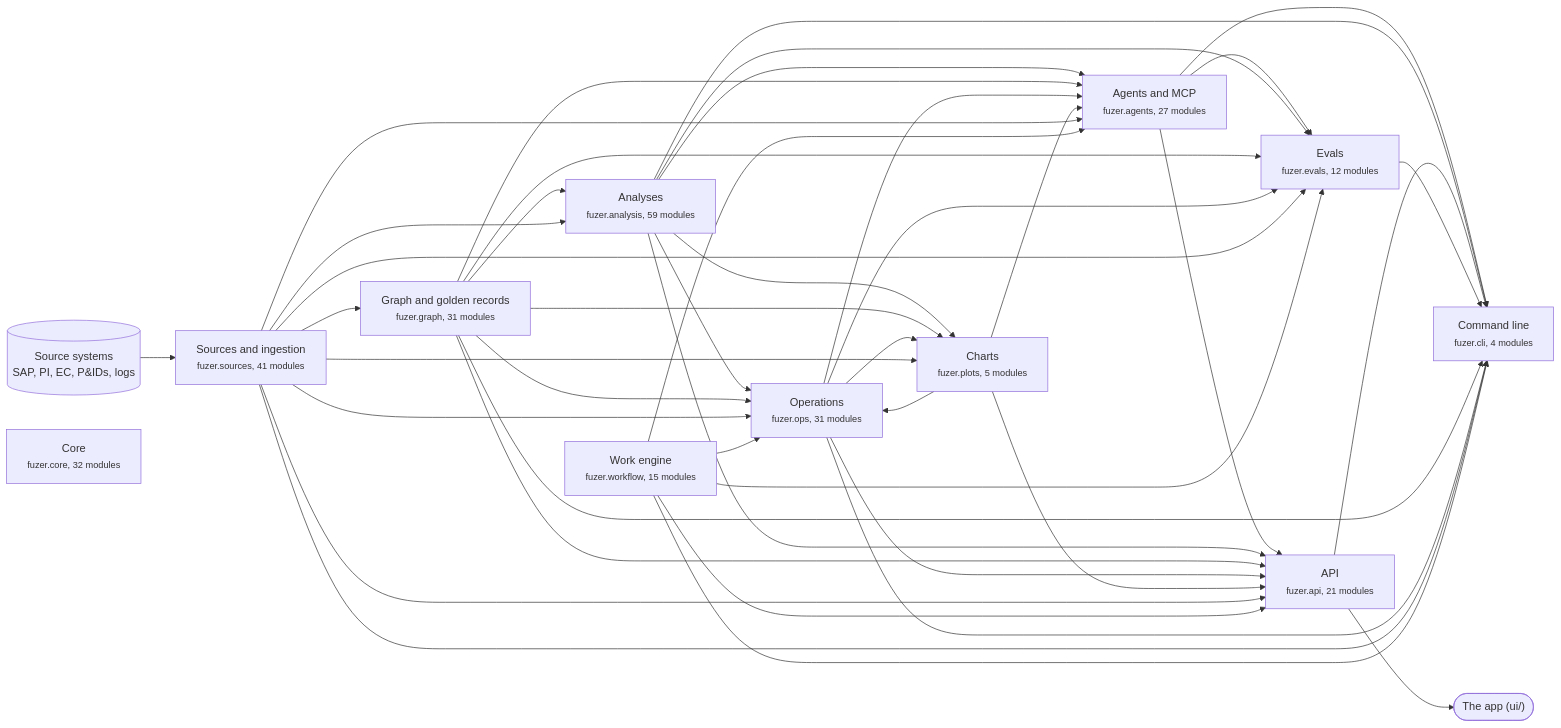
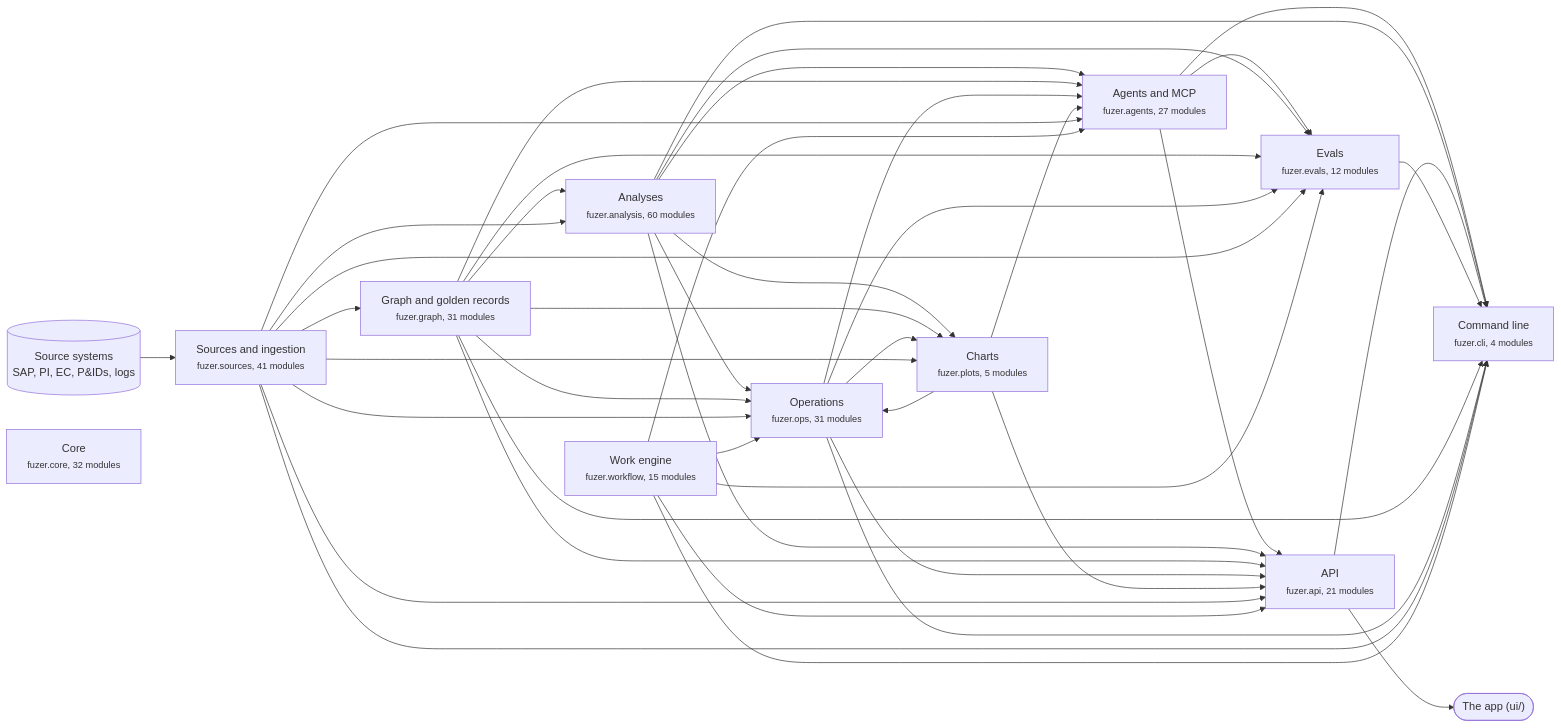
One commit to areed145/fuzer changed the first of 3 diagrams in docs/architecture.md. Above: the diagram before and after it, drawn with Mermaid. The commit also changed other lines of this file and 11 other files, not shown here.

````diff
--- a/docs/architecture.md
+++ b/docs/architecture.md
@@ -8,67 +8,67 @@
 ```mermaid
 flowchart LR
   systems[("Source systems<br>SAP, PI, EC, P&IDs, logs")] --> c_sources
   app(["The app (ui/)"])
   c_api --> app
   c_sources["Sources and ingestion<br><small>fuzer.sources, 41 modules</small>"]
   c_graph["Graph and golden records<br><small>fuzer.graph, 31 modules</small>"]
-  c_analysis["Analyses<br><small>fuzer.analysis, 59 modules</small>"]
+  c_analysis["Analyses<br><small>fuzer.analysis, 60 modules</small>"]
   c_ops["Operations<br><small>fuzer.ops, 31 modules</small>"]
   c_plots["Charts<br><small>fuzer.plots, 5 modules</small>"]
   c_workflow["Work engine<br><small>fuzer.workflow, 15 modules</small>"]
   c_agents["Agents and MCP<br><small>fuzer.agents, 27 modules</small>"]
   c_evals["Evals<br><small>fuzer.evals, 12 modules</small>"]
   c_api["API<br><small>fuzer.api, 21 modules</small>"]
   c_cli["Command line<br><small>fuzer.cli, 4 modules</small>"]
   c_core["Core<br><small>fuzer.core, 32 modules</small>"]
   c_sources --> c_graph
   c_graph --> c_analysis
   c_sources --> c_analysis
   c_analysis --> c_ops
   c_graph --> c_ops
   c_plots --> c_ops
   c_sources --> c_ops
   c_workflow --> c_ops
   c_analysis --> c_plots
   c_graph --> c_plots
   c_ops --> c_plots
   c_sources --> c_plots
   c_analysis --> c_agents
   c_graph --> c_agents
   c_ops --> c_agents
   c_plots --> c_agents
   c_sources --> c_agents
   c_workflow --> c_agents
   c_agents --> c_evals
   c_analysis --> c_evals
   c_graph --> c_evals
   c_ops --> c_evals
   c_sources --> c_evals
   c_workflow --> c_evals
   c_agents --> c_api
   c_analysis --> c_api
   c_graph --> c_api
   c_ops --> c_api
   c_plots --> c_api
   c_sources --> c_api
   c_workflow --> c_api
   c_agents --> c_cli
   c_analysis --> c_cli
   c_api --> c_cli
   c_evals --> c_cli
   c_graph --> c_cli
   c_ops --> c_cli
   c_sources --> c_cli
   c_workflow --> c_cli
   click c_sources "https://github.com/areed145/fuzer/tree/main/src/fuzer/sources"
   click c_graph "https://github.com/areed145/fuzer/tree/main/src/fuzer/graph"
   click c_analysis "https://github.com/areed145/fuzer/tree/main/src/fuzer/analysis"
   click c_ops "https://github.com/areed145/fuzer/tree/main/src/fuzer/ops"
   click c_plots "https://github.com/areed145/fuzer/tree/main/src/fuzer/plots"
   click c_workflow "https://github.com/areed145/fuzer/tree/main/src/fuzer/workflow"
   click c_agents "https://github.com/areed145/fuzer/tree/main/src/fuzer/agents"
   click c_evals "https://github.com/areed145/fuzer/tree/main/src/fuzer/evals"
   click c_api "https://github.com/areed145/fuzer/tree/main/src/fuzer/api"
   click c_cli "https://github.com/areed145/fuzer/tree/main/src/fuzer/cli"
   click c_core "https://github.com/areed145/fuzer/tree/main/src/fuzer/core"
 ```
````
